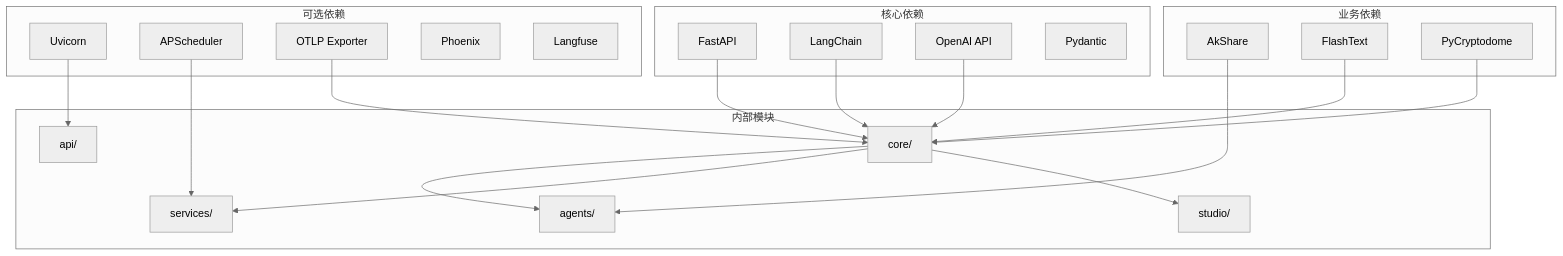
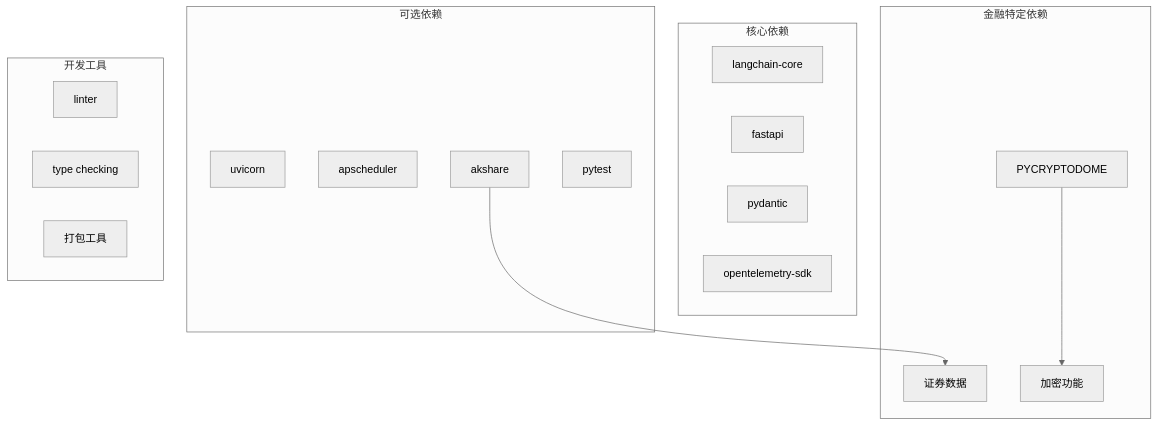
One commit to YU-JI-KUI/ark-agentic changed the sixth of 6 diagrams in repowiki/zh/content/核心框架/智能体工厂系统.md. Above: the diagram before and after it, drawn with Mermaid (neutral theme). The commit also changed other lines of this file and 5 other files, not shown here.

````diff
--- a/repowiki/zh/content/核心框架/智能体工厂系统.md
+++ b/repowiki/zh/content/核心框架/智能体工厂系统.md
@@ -376,40 +319,24 @@
 ```mermaid
 graph TB
 subgraph "核心依赖"
-FASTAPI[FastAPI]
-LANGCHAIN[LangChain]
-OPENAI[OpenAI API]
-PYDANTIC[Pydantic]
+LANGCHAIN[langchain-core]
+FASTAPI[fastapi]
+PYDANTIC[pydantic]
+OTLP[opentelemetry-sdk]
 end
 subgraph "可选依赖"
-UVICORN[Uvicorn]
-APSCHEDULER[APScheduler]
-OTLP[OTLP Exporter]
-PHOENIX[Phoenix]
-LANGFUSE[Langfuse]
+UVICORN[uvicorn]
+APSCHEDULER[apscheduler]
+AKSHARE[akshare]
+TESTS[pytest]
 end
-subgraph "业务依赖"
-AKSHARE[AkShare]
-FLASHTEXT[FlashText]
-PYCRYPTODOME[PyCryptodome]
+subgraph "金融特定依赖"
+AKSHARE --> Securities[证券数据]
+PYCRYPTODOME --> Security[加密功能]
 end
-subgraph "内部模块"
-CORE[core/]
-AGENTS[agents/]
-API[api/]
-SERVICES[services/]
-STUDIO[studio/]
+subgraph "开发工具"
+FLAKE8[linter]
+MYPY[type checking]
+TWINE[打包工具]
 end
-FASTAPI --> CORE
-LANGCHAIN --> CORE
-OPENAI --> CORE
-UVICORN --> API
-APSCHEDULER --> SERVICES
-OTLP --> CORE
-AKSHARE --> AGENTS
-FLASHTEXT --> CORE
-PYCRYPTODOME --> CORE
-CORE --> AGENTS
-CORE --> SERVICES
-CORE --> STUDIO
 ```
````
